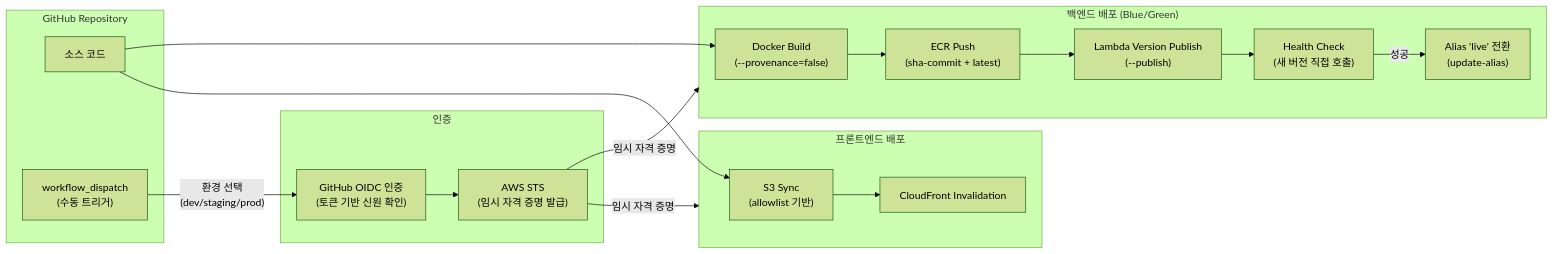
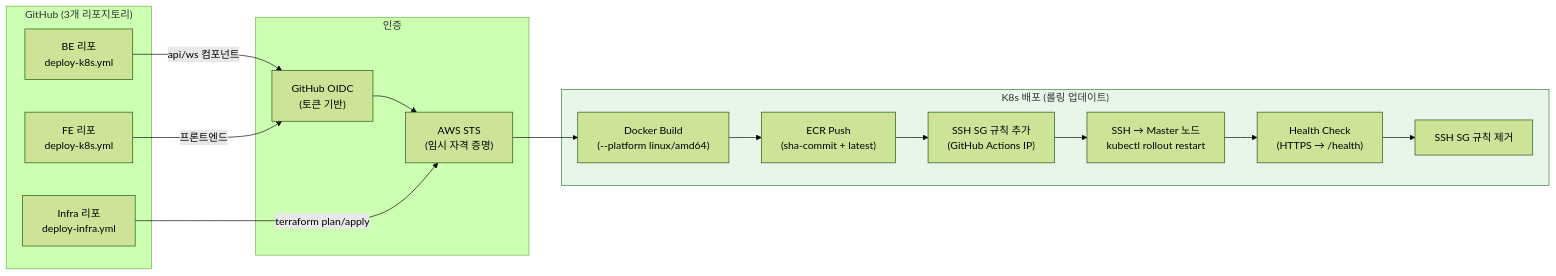
One commit to revenantonthemission/2-cho-community-infra changed the fifth of 18 diagrams in report.md. Above: the diagram before and after it, drawn with Mermaid (forest theme). The commit also changed other lines of this file and 4 other files, not shown here.

````diff
--- a/report.md
+++ b/report.md
@@ -393,39 +293,36 @@
 ```mermaid
 flowchart LR
-    subgraph GitHub["GitHub Repository"]
-        Code["소스 코드"]
-        WD["workflow_dispatch<br/>(수동 트리거)"]
+    subgraph GitHub["GitHub (3개 리포지토리)"]
+        BE["BE 리포<br/>deploy-k8s.yml"]
+        FE["FE 리포<br/>deploy-k8s.yml"]
+        Infra["Infra 리포<br/>deploy-infra.yml"]
     end
 
     subgraph Auth["인증"]
-        OIDC["GitHub OIDC 인증<br/>(토큰 기반 신원 확인)"]
-        STS["AWS STS<br/>(임시 자격 증명 발급)"]
+        OIDC["GitHub OIDC<br/>(토큰 기반)"]
+        STS["AWS STS<br/>(임시 자격 증명)"]
     end
 
-    subgraph Backend_Deploy["백엔드 배포 (Blue/Green)"]
-        Docker["Docker Build<br/>(--provenance=false)"]
+    subgraph K8s_Deploy["K8s 배포 (롤링 업데이트)"]
+        Docker["Docker Build<br/>(--platform linux/amd64)"]
         ECR_Push["ECR Push<br/>(sha-commit + latest)"]
-        Lambda_Publish["Lambda Version Publish<br/>(--publish)"]
-        Health["Health Check<br/>(새 버전 직접 호출)"]
-        Alias_Switch["Alias 'live' 전환<br/>(update-alias)"]
+        SG_Open["SSH SG 규칙 추가<br/>(GitHub Actions IP)"]
+        SSH["SSH → Master 노드<br/>kubectl rollout restart"]
+        Health["Health Check<br/>(HTTPS → /health)"]
+        SG_Close["SSH SG 규칙 제거"]
     end
 
-    subgraph Frontend_Deploy["프론트엔드 배포"]
-        S3_Sync["S3 Sync<br/>(allowlist 기반)"]
-        CF_Inv["CloudFront Invalidation"]
-    end
+    BE -->|"api/ws 컴포넌트"| OIDC
+    FE -->|"프론트엔드"| OIDC
+    OIDC --> STS
+    STS --> Docker
+    Docker --> ECR_Push
+    ECR_Push --> SG_Open
+    SG_Open --> SSH
+    SSH --> Health
+    Health --> SG_Close
 
-    WD -->|"환경 선택<br/>(dev/staging/prod)"| OIDC
-    OIDC --> STS
-    STS -->|"임시 자격 증명"| Backend_Deploy
-    STS -->|"임시 자격 증명"| Frontend_Deploy
+    Infra -->|"terraform plan/apply"| STS
 
-    Code --> Docker
-    Docker --> ECR_Push
-    ECR_Push --> Lambda_Publish
-    Lambda_Publish --> Health
-    Health -->|"성공"| Alias_Switch
-
-    Code --> S3_Sync
-    S3_Sync --> CF_Inv
+    style K8s_Deploy fill:#e8f5e9,stroke:#2e7d32
 ```
````
